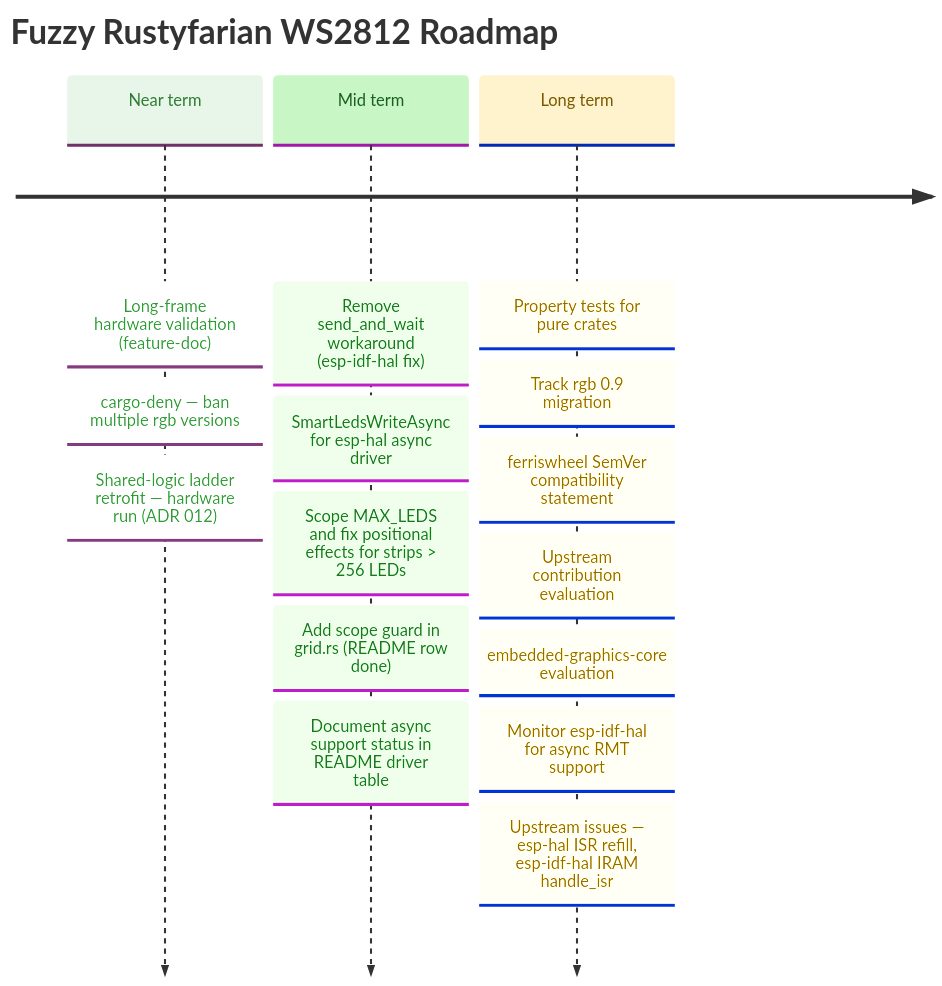
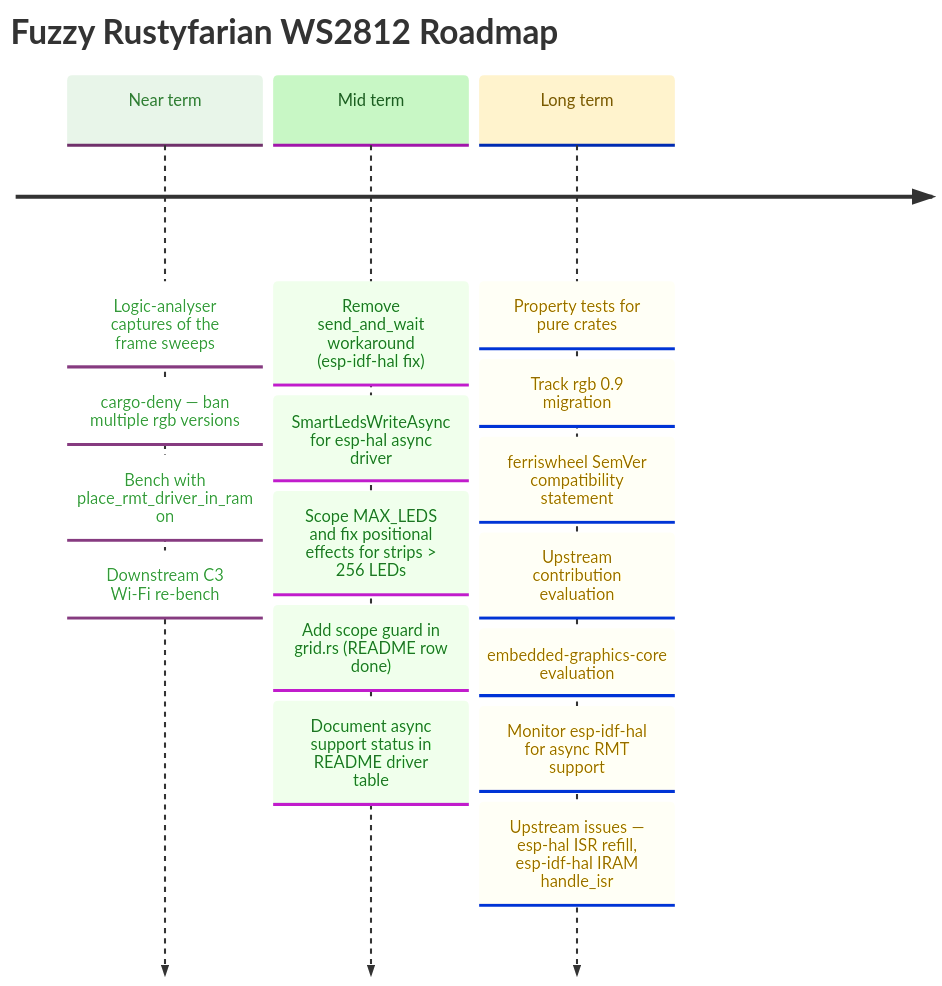
Before and after one commit to datenkollektiv/rustyfarian-ws2812: the diagram in docs/ROADMAP.md, drawn with Mermaid. The commit also changed other lines of this file and 30 other files, not shown here.

````diff
--- a/docs/ROADMAP.md
+++ b/docs/ROADMAP.md
@@ -31,36 +31,37 @@
 ```mermaid
 %%{init: {
   "theme": "base",
   "themeVariables": {
     "cScale0": "#e8f5e9",
     "cScaleLabel0": "#2e7d32",
     "cScale1": "#c8f7c5",
     "cScaleLabel1": "#1b5e20",
     "cScale2": "#fff3cd",
     "cScaleLabel2": "#7a5a00",
     "cScale3": "#e3f2fd",
     "cScaleLabel3": "#0d47a1"
   }
 }}%%
 
 timeline
     title Fuzzy Rustyfarian WS2812 Roadmap
 
-    Near term : Long-frame hardware validation (feature-doc)
+    Near term : Logic-analyser captures of the frame sweeps
               : cargo-deny — ban multiple rgb versions
-              : Shared-logic ladder retrofit — hardware run (ADR 012)
+              : Bench with place_rmt_driver_in_ram on
+              : Downstream C3 Wi-Fi re-bench
 
     Mid term  : Remove send_and_wait workaround (esp-idf-hal fix)
               : SmartLedsWriteAsync for esp-hal async driver
               : Scope MAX_LEDS and fix positional effects for strips > 256 LEDs
               : Add scope guard in grid.rs (README row done)
               : Document async support status in README driver table
 
     Long term : Property tests for pure crates
               : Track rgb 0.9 migration
               : ferriswheel SemVer compatibility statement
               : Upstream contribution evaluation
               : embedded-graphics-core evaluation
               : Monitor esp-idf-hal for async RMT support
               : Upstream issues — esp-hal ISR refill, esp-idf-hal IRAM handle_isr
 ```
````
